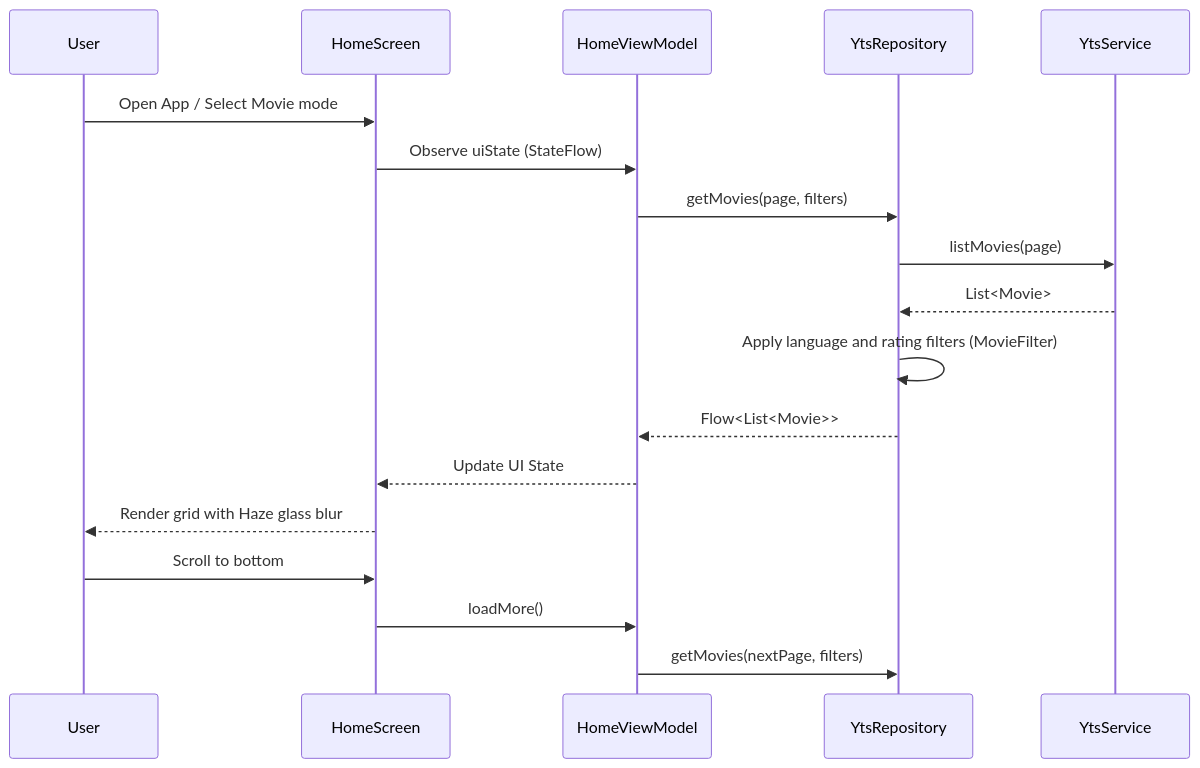
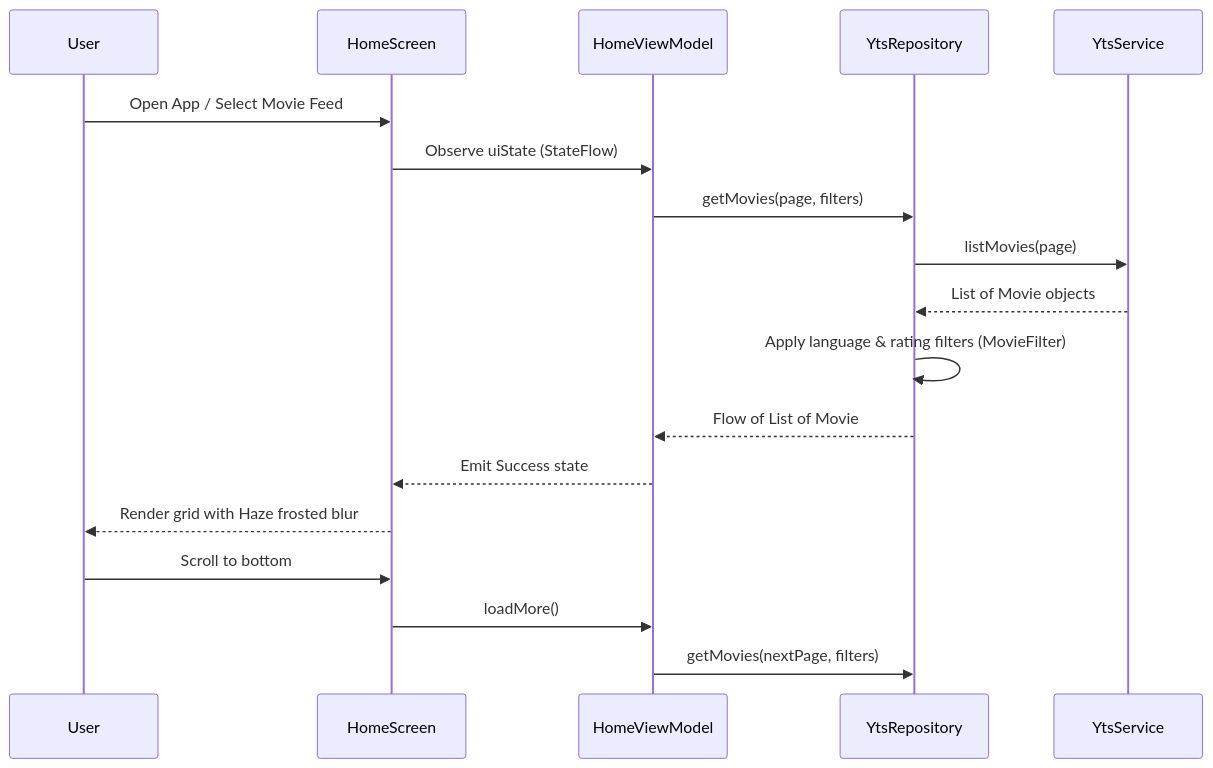
The second of 15 diagrams in ARCHITECTURE.md (martinrevert/LaTorrentola), drawn with Mermaid before and after one commit. The commit also changed other lines of this file and 2 other files, not shown here.

````diff
--- a/ARCHITECTURE.md
+++ b/ARCHITECTURE.md
@@ -238,21 +424,21 @@
 ```mermaid
 sequenceDiagram
     participant U as User
     participant HS as HomeScreen
     participant VM as HomeViewModel
     participant R as YtsRepository
     participant N as YtsService
 
-    U->>HS: Open App / Select Movie mode
+    U->>HS: Open App / Select Movie Feed
     HS->>VM: Observe uiState (StateFlow)
     VM->>R: getMovies(page, filters)
     R->>N: listMovies(page)
-    N-->>R: List<Movie>
-    R->>R: Apply language and rating filters (MovieFilter)
-    R-->>VM: Flow<List<Movie>>
-    VM-->>HS: Update UI State
-    HS-->>U: Render grid with Haze glass blur
+    N-->>R: List of Movie objects
+    R->>R: Apply language & rating filters (MovieFilter)
+    R-->>VM: Flow of List of Movie
+    VM-->>HS: Emit Success state
+    HS-->>U: Render grid with Haze frosted blur
     U->>HS: Scroll to bottom
     HS->>VM: loadMore()
     VM->>R: getMovies(nextPage, filters)
 ```
````
